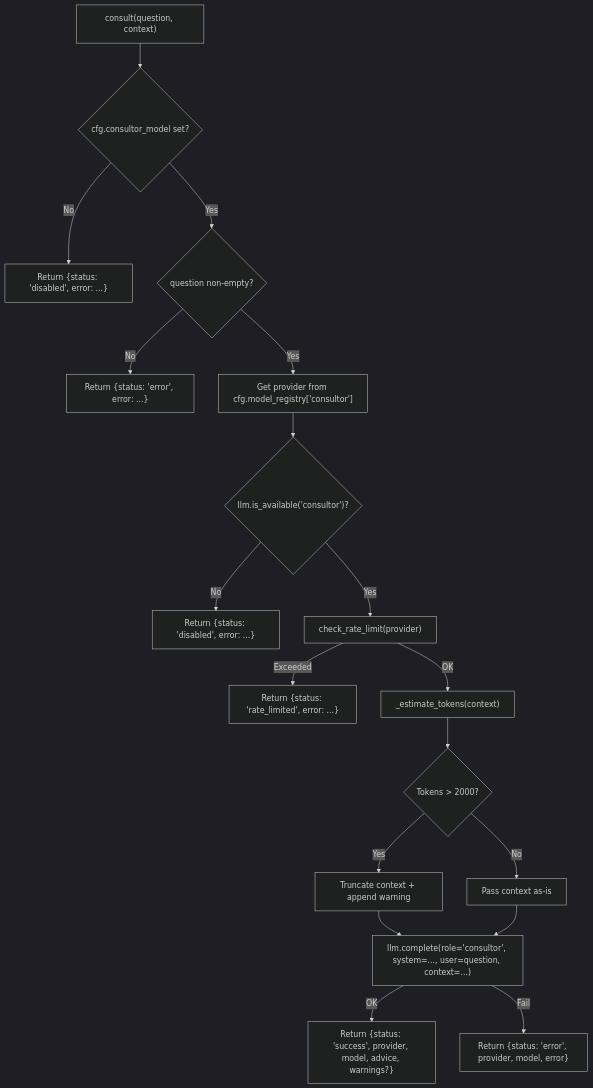
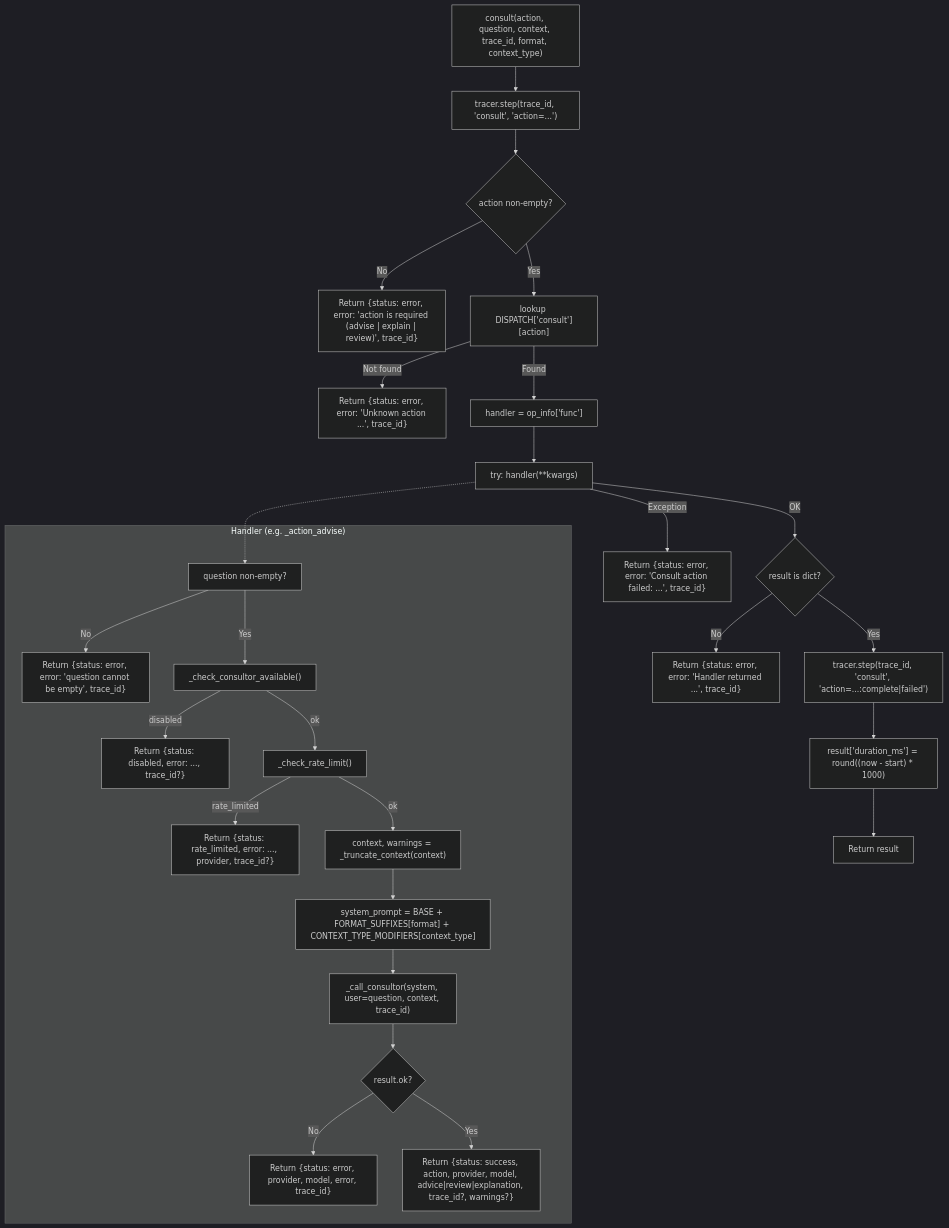
Before and after one commit to brunogcar/agent: the diagram in docs/tools/consult/ARCHITECTURE.md, drawn with Mermaid (dark theme). The commit also changed other lines of this file and 22 other files, not shown here.

````diff
--- a/docs/tools/consult/ARCHITECTURE.md
+++ b/docs/tools/consult/ARCHITECTURE.md
@@ -30,20 +68,31 @@
 ```mermaid
 graph TD
- A["consult(question, context)"] --> B{"cfg.consultor_model set?"}
- B -->|No| C["Return {status: 'disabled', error: ...}"]
- B -->|Yes| D{"question non-empty?"}
- D -->|No| E["Return {status: 'error', error: ...}"]
- D -->|Yes| F["Get provider from cfg.model_registry['consultor']"]
- F --> G{"llm.is_available('consultor')?"}
- G -->|No| H["Return {status: 'disabled', error: ...}"]
- G -->|Yes| I["check_rate_limit(provider)"]
- I -->|Exceeded| J["Return {status: 'rate_limited', error: ...}"]
- I -->|OK| K["_estimate_tokens(context)"]
- K --> L{"Tokens > 2000?"}
- L -->|Yes| M["Truncate context + append warning"]
- L -->|No| N["Pass context as-is"]
- M --> O["llm.complete(role='consultor', system=..., user=question, context=...)"]
- N --> O
- O -->|OK| P["Return {status: 'success', provider, model, advice, warnings?}"]
- O -->|Fail| Q["Return {status: 'error', provider, model, error}"]
+    A["consult(action, question, context, trace_id, format, context_type)"] --> B["tracer.step(trace_id, 'consult', 'action=...')"]
+    B --> C{"action non-empty?"}
+    C -->|No| D["Return {status: error, error: 'action is required (advise | explain | review)', trace_id}"]
+    C -->|Yes| E["lookup DISPATCH['consult'][action]"]
+    E -->|Not found| F["Return {status: error, error: 'Unknown action ...', trace_id}"]
+    E -->|Found| G["handler = op_info['func']"]
+    G --> H["try: handler(**kwargs)"]
+    H -->|Exception| I["Return {status: error, error: 'Consult action failed: ...', trace_id}"]
+    H -->|OK| J{"result is dict?"}
+    J -->|No| K["Return {status: error, error: 'Handler returned ...', trace_id}"]
+    J -->|Yes| L["tracer.step(trace_id, 'consult', 'action=...:complete|failed')"]
+    L --> M["result['duration_ms'] = round((now - start) * 1000)"]
+    M --> N["Return result"]
+
+    subgraph "Handler (e.g. _action_advise)"
+        H1["question non-empty?"] -->|No| H2["Return {status: error, error: 'question cannot be empty', trace_id}"]
+        H1 -->|Yes| H3["_check_consultor_available()"]
+        H3 -->|disabled| H4["Return {status: disabled, error: ..., trace_id?}"]
+        H3 -->|ok| H5["_check_rate_limit()"]
+        H5 -->|rate_limited| H6["Return {status: rate_limited, error: ..., provider, trace_id?}"]
+        H5 -->|ok| H7["context, warnings = _truncate_context(context)"]
+        H7 --> H8["system_prompt = BASE + FORMAT_SUFFIXES[format] + CONTEXT_TYPE_MODIFIERS[context_type]"]
+        H8 --> H9["_call_consultor(system, user=question, context, trace_id)"]
+        H9 --> H10{"result.ok?"}
+        H10 -->|No| H11["Return {status: error, provider, model, error, trace_id}"]
+        H10 -->|Yes| H12["Return {status: success, action, provider, model, advice|review|explanation, trace_id?, warnings?}"]
+    end
+    H -.-> H1
 ```
````
